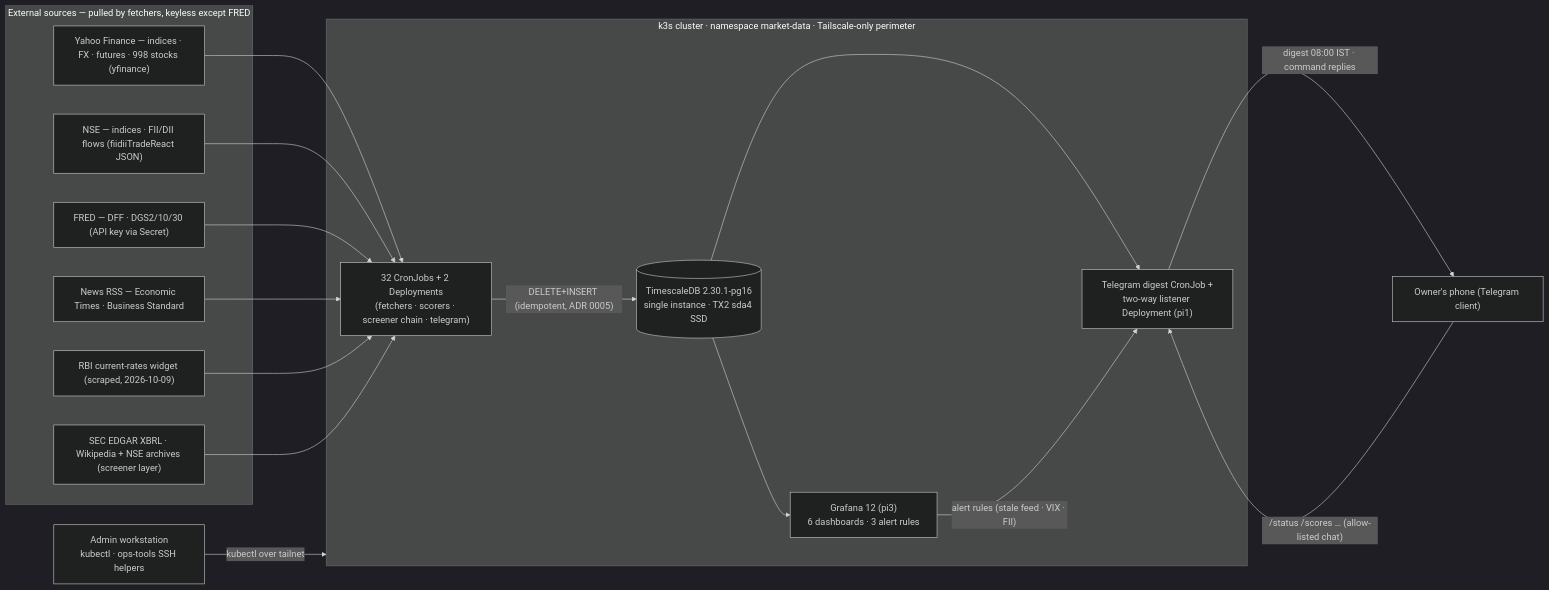
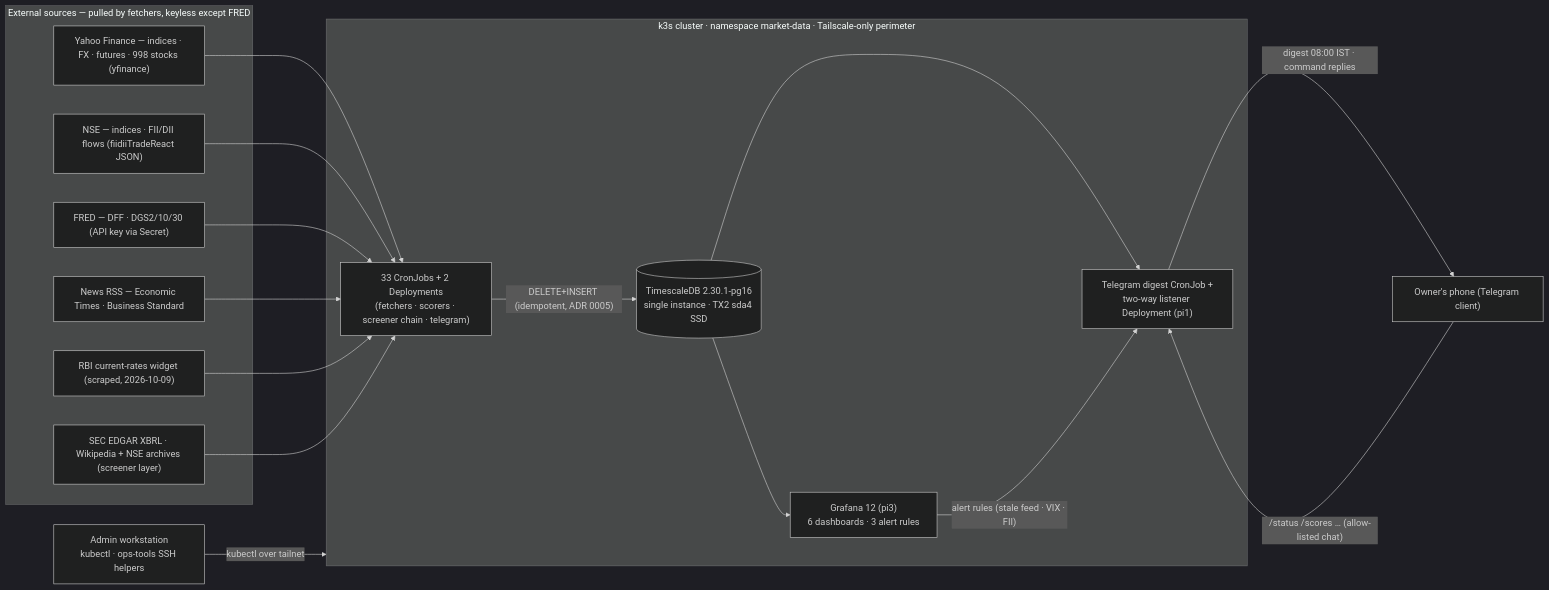
Before and after one commit to ahemanthyadav/-pi-market-pipeline: the first of 9 diagrams in docs/market-data-architecture.md, drawn with Mermaid (dark theme). The commit also changed other lines of this file and 11 other files, not shown here.

````diff
--- a/docs/market-data-architecture.md
+++ b/docs/market-data-architecture.md
@@ -69,35 +69,35 @@
 ```mermaid
 flowchart LR
     subgraph EXT["External sources — pulled by fetchers, keyless except FRED"]
         YF["Yahoo Finance — indices · FX · futures · 998 stocks (yfinance)"]
         NSE["NSE — indices · FII/DII flows (fiidiiTradeReact JSON)"]
         FRED["FRED — DFF · DGS2/10/30 (API key via Secret)"]
         RSS["News RSS — Economic Times · Business Standard"]
         RBIW["RBI current-rates widget (scraped, 2026-10-09)"]
         EDGR["SEC EDGAR XBRL · Wikipedia + NSE archives (screener layer)"]
     end
 
     subgraph K8S["k3s cluster · namespace market-data · Tailscale-only perimeter"]
-        JOBS["32 CronJobs + 2 Deployments<br/>(fetchers · scorers · screener chain · telegram)"]
+        JOBS["33 CronJobs + 2 Deployments<br/>(fetchers · scorers · screener chain · telegram)"]
         TSDB[("TimescaleDB 2.30.1-pg16<br/>single instance · TX2 sda4 SSD")]
         GRAF["Grafana 12 (pi3)<br/>6 dashboards · 3 alert rules"]
         TGB["Telegram digest CronJob +<br/>two-way listener Deployment (pi1)"]
     end
 
     ADMIN["Admin workstation<br/>kubectl · ops-tools SSH helpers"]
     PHONE["Owner's phone (Telegram client)"]
 
     YF --> JOBS
     NSE --> JOBS
     FRED --> JOBS
     RSS --> JOBS
     RBIW --> JOBS
     EDGR --> JOBS
     JOBS -- "DELETE+INSERT (idempotent, ADR 0005)" --> TSDB
     TSDB --> GRAF
     TSDB --> TGB
     GRAF -- "alert rules (stale feed · VIX · FII)" --> TGB
     TGB -- "digest 08:00 IST · command replies" --> PHONE
     PHONE -- "/status /scores … (allow-listed chat)" --> TGB
     ADMIN -- "kubectl over tailnet" --> K8S
 ```
````
